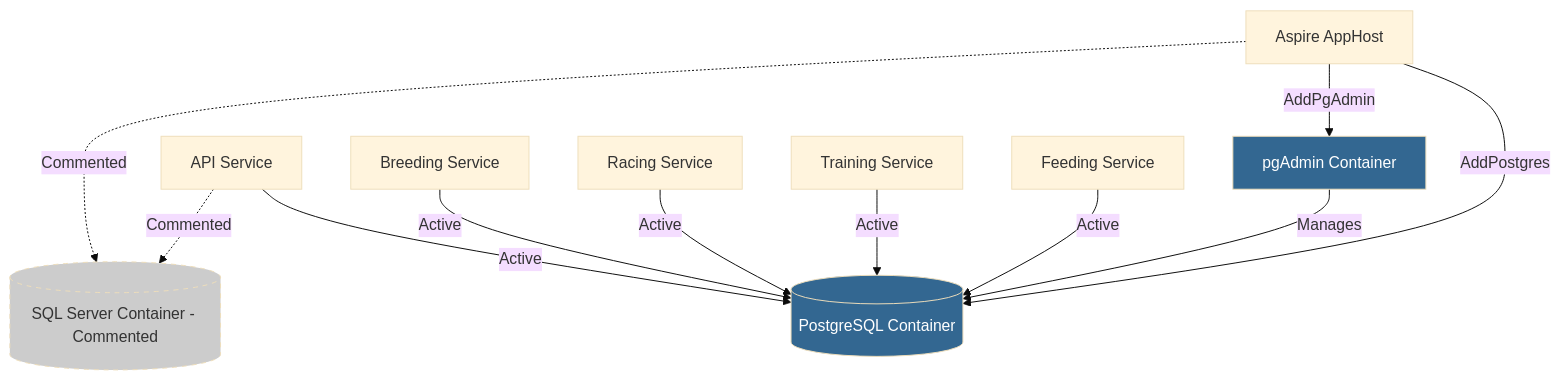
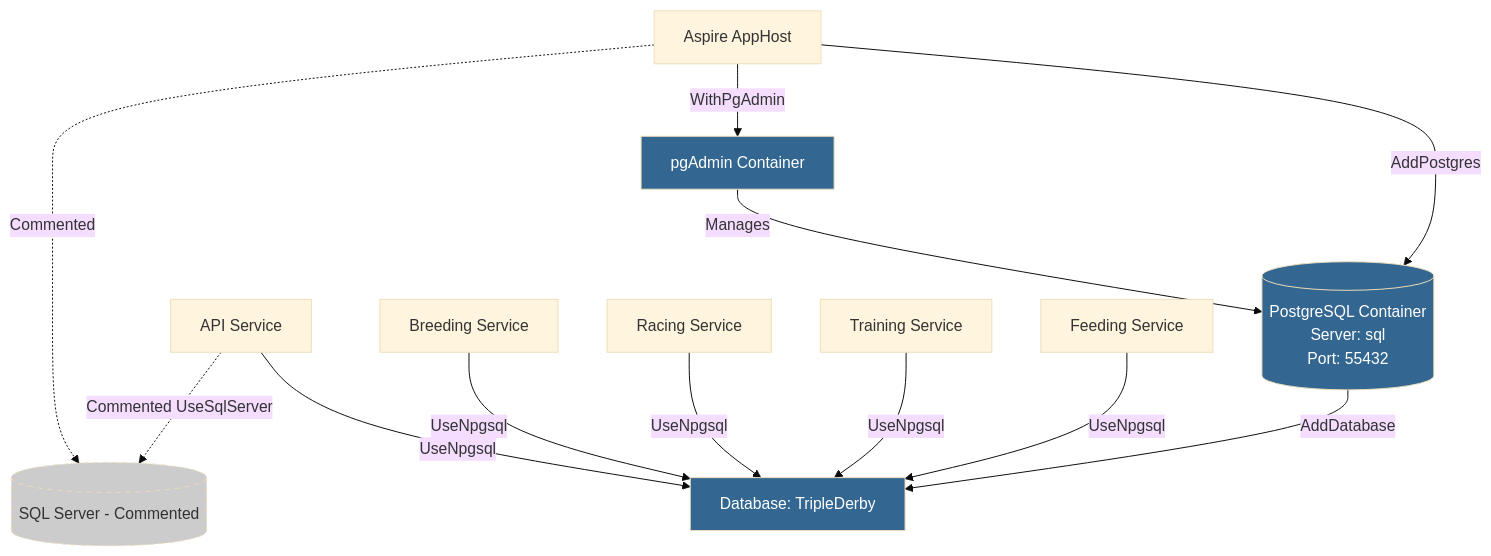
Before and after one commit to ovation22/TripleDerby: the diagram in docs/features/027-postgresql-local-development.md, drawn with Mermaid (base theme). The commit also changed other lines of this file and 2 other files, not shown here.

First line of the commit message:
Add documentation for PostgreSQL local development feature

````diff
--- a/docs/features/027-postgresql-local-development.md
+++ b/docs/features/027-postgresql-local-development.md
@@ -107,28 +30,31 @@
 ```mermaid
 graph TB
     AppHost[Aspire AppHost]
-    PG[(PostgreSQL Container)]
+    PG[(PostgreSQL Container<br/>Server: sql<br/>Port: 55432)]
     PGADMIN[pgAdmin Container]
-    SQL[(SQL Server Container - Commented)]
+    DB[Database: TripleDerby]
+    SQL[(SQL Server - Commented)]
     API[API Service]
     MS1[Breeding Service]
     MS2[Racing Service]
     MS3[Training Service]
     MS4[Feeding Service]
 
     AppHost -->|AddPostgres| PG
-    AppHost -->|AddPgAdmin| PGADMIN
+    AppHost -->|WithPgAdmin| PGADMIN
     AppHost -.->|Commented| SQL
+    PG -->|AddDatabase| DB
     PGADMIN -->|Manages| PG
 
-    API -->|Active| PG
-    API -.->|Commented| SQL
-    MS1 -->|Active| PG
-    MS2 -->|Active| PG
-    MS3 -->|Active| PG
-    MS4 -->|Active| PG
+    API -->|UseNpgsql| DB
+    API -.->|Commented UseSqlServer| SQL
+    MS1 -->|UseNpgsql| DB
+    MS2 -->|UseNpgsql| DB
+    MS3 -->|UseNpgsql| DB
+    MS4 -->|UseNpgsql| DB
 
     style PG fill:#336791,color:#fff
     style PGADMIN fill:#336791,color:#fff
+    style DB fill:#336791,color:#fff
     style SQL fill:#ccc,stroke-dasharray: 5 5
 ```
````
